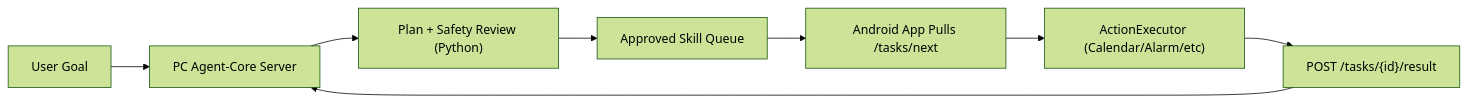
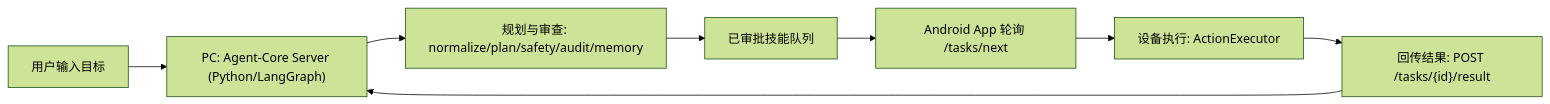
One commit to abrahaamm/OpenTHU changed the diagram in docs/AGENT_CORE_SERVER.md. Above: the diagram before and after it, drawn with Mermaid (forest theme). The commit also changed other lines of this file and 2 other files, not shown here.

Commit message:
docs(agent-core): add server-app setup and troubleshooting guide

````diff
--- a/docs/AGENT_CORE_SERVER.md
+++ b/docs/AGENT_CORE_SERVER.md
@@ -18,10 +18,10 @@
 ```mermaid
 flowchart LR
-  U["User Goal"] --> S["PC Agent-Core Server"]
-  S --> P["Plan + Safety Review (Python)"]
-  P --> Q["Approved Skill Queue"]
-  Q --> A["Android App Pulls /tasks/next"]
-  A --> E["ActionExecutor (Calendar/Alarm/etc)"]
-  E --> R["POST /tasks/{id}/result"]
+  U["用户输入目标"] --> S["PC: Agent-Core Server (Python/LangGraph)"]
+  S --> P["规划与审查: normalize/plan/safety/audit/memory"]
+  P --> Q["已审批技能队列"]
+  Q --> A["Android App 轮询 /tasks/next"]
+  A --> E["设备执行: ActionExecutor"]
+  E --> R["回传结果: POST /tasks/{id}/result"]
   R --> S
 ```
````
